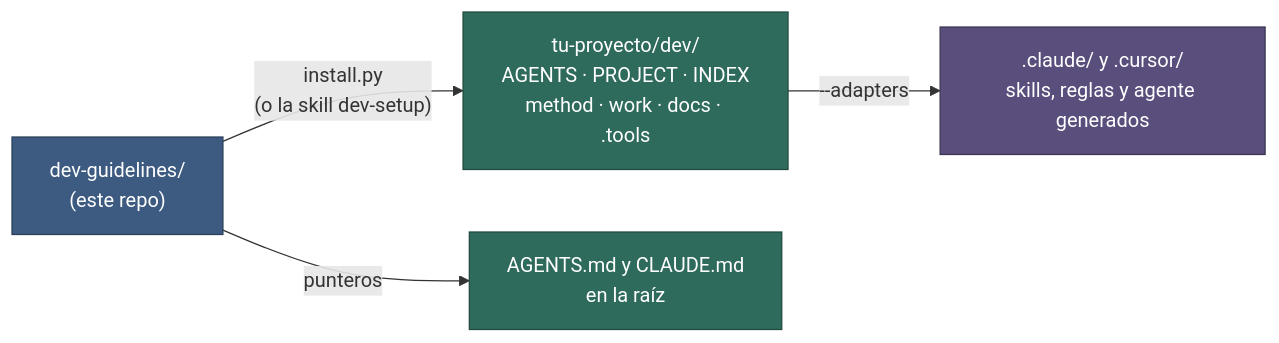
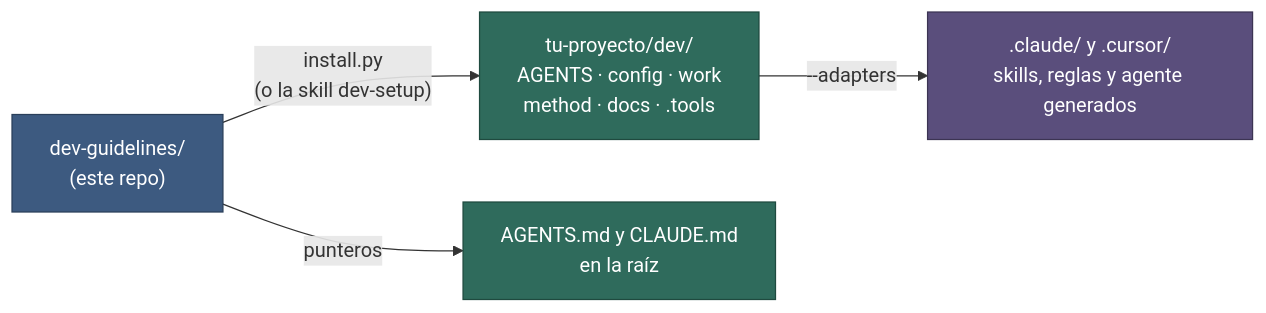
One commit to TomasCDG/dev-guidelines changed the first of 2 diagrams in docs/01-instalacion.md. Above: the diagram before and after it, drawn with Mermaid. The commit also changed other lines of this file and 93 other files, not shown here.

First line of the commit message:
feat: paquete 0.8.0 (config/ y work/, ENTORNO, MAPA y retros aplicadas)

````diff
--- a/docs/01-instalacion.md
+++ b/docs/01-instalacion.md
@@ -28,13 +28,13 @@
 ```mermaid
 flowchart LR
-    pkg["dev-guidelines/<br/>(este repo)"] -->|"install.py<br/>(o la skill dev-setup)"| dev["tu-proyecto/dev/<br/>AGENTS · PROJECT · INDEX<br/>method · work · docs · .tools"]
+    pkg["dev-guidelines/<br/>(este repo)"] -->|"install.py<br/>(o la skill dev-setup)"| dev["tu-proyecto/dev/<br/>AGENTS · config · work<br/>method · docs · .tools"]
     pkg -->|"punteros"| root["AGENTS.md y CLAUDE.md<br/>en la raíz"]
     dev -->|"--adapters"| ad[".claude/ y .cursor/<br/>skills, reglas y agente generados"]
 
     classDef src fill:#3d5a80,stroke:#2a3f5a,color:#ffffff
     classDef out fill:#2f6b5c,stroke:#1f4a3f,color:#ffffff
     classDef opt fill:#5a4e7c,stroke:#3c3453,color:#ffffff
     class pkg src
     class dev,root out
     class ad opt
 ```
````
